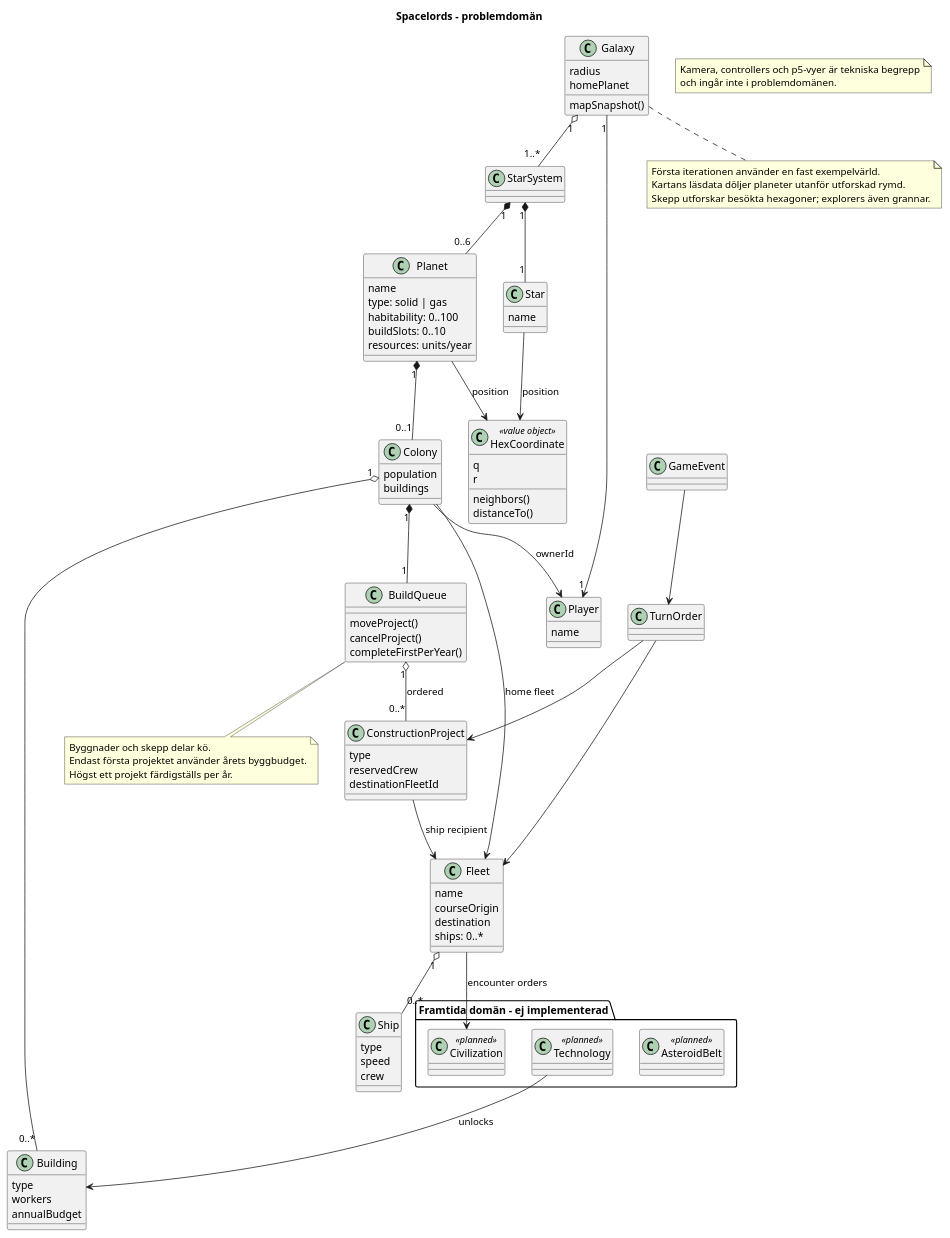
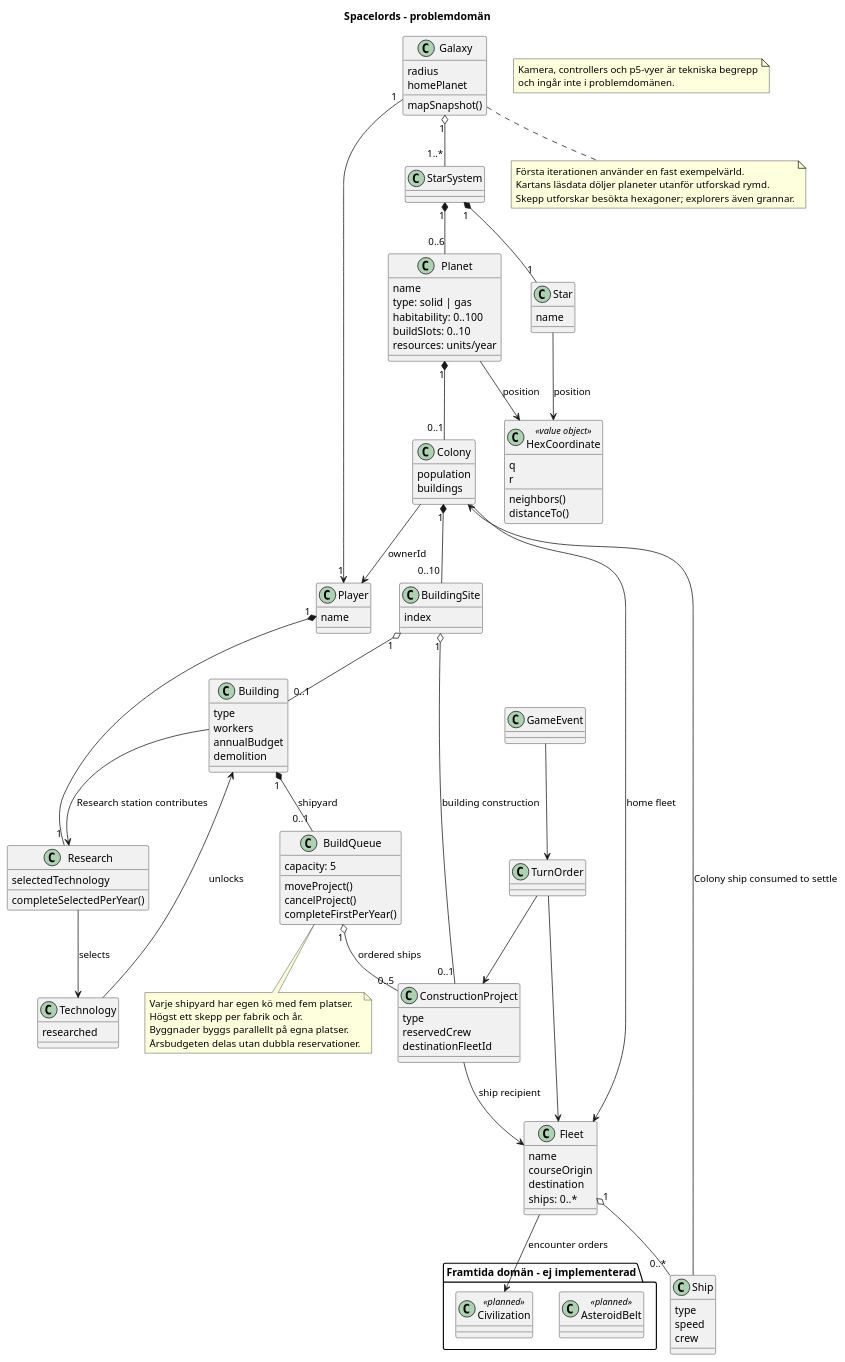
Before and after one commit to dntoll/spacelords: the diagram in docs/domain-model.puml, drawn with PlantUML. The commit also changed 20 other files, not shown here.

Commit message:
Add planetary building sites, factory queues, research and colonization

```diff
--- a/docs/domain-model.puml
+++ b/docs/domain-model.puml
@@ -1,102 +1,120 @@
 @startuml
 title Spacelords – problemdomän
 
 class Galaxy {
   radius
   homePlanet
   mapSnapshot()
 }
 class StarSystem
 class Star {
   name
 }
 class Planet {
   name
   type: solid | gas
   habitability: 0..100
   buildSlots: 0..10
   resources: units/year
 }
 class Colony {
   population
   buildings
 }
 class Building {
   type
   workers
   annualBudget
+  demolition
 }
 class ConstructionProject {
   type
   reservedCrew
   destinationFleetId
 }
+class BuildingSite {
+  index
+}
+class Technology {
+  researched
+}
+class Research {
+  selectedTechnology
+  completeSelectedPerYear()
+}
 class BuildQueue {
+  capacity: 5
   moveProject()
   cancelProject()
   completeFirstPerYear()
 }
 class Ship {
   type
   speed
   crew
 }
 class Fleet {
   name
   courseOrigin
   destination
   ships: 0..*
 }
 class TurnOrder
 class GameEvent
 class Player {
   name
 }
 class HexCoordinate <<value object>> {
   q
   r
   neighbors()
   distanceTo()
 }
 
 Galaxy "1" o-- "1..*" StarSystem
 Galaxy "1" --> "1" Player
 StarSystem "1" *-- "1" Star
 StarSystem "1" *-- "0..6" Planet
 Star --> HexCoordinate : position
 Planet --> HexCoordinate : position
 Planet "1" *-- "0..1" Colony
 Colony --> Player : ownerId
-Colony "1" o-- "0..*" Building
-Colony "1" *-- "1" BuildQueue
-BuildQueue "1" o-- "0..*" ConstructionProject : ordered
+Colony "1" *-- "0..10" BuildingSite
+BuildingSite "1" o-- "0..1" Building
+BuildingSite "1" o-- "0..1" ConstructionProject : building construction
+Building "1" *-- "0..1" BuildQueue : shipyard
+BuildQueue "1" o-- "0..5" ConstructionProject : ordered ships
+Player "1" *-- "1" Research
+Research --> Technology : selects
+Technology --> Building : unlocks
+Building --> Research : Research station contributes
 ConstructionProject --> Fleet : ship recipient
 Colony --> Fleet : home fleet
 Fleet "1" o-- "0..*" Ship
+Ship --> Colony : Colony ship consumed to settle
 TurnOrder --> ConstructionProject
 TurnOrder --> Fleet
 GameEvent --> TurnOrder
 
 note bottom of BuildQueue
-  Byggnader och skepp delar kö.
-  Endast första projektet använder årets byggbudget.
-  Högst ett projekt färdigställs per år.
+  Varje shipyard har egen kö med fem platser.
+  Högst ett skepp per fabrik och år.
+  Byggnader byggs parallellt på egna platser.
+  Årsbudgeten delas utan dubbla reservationer.
 end note
 
 note bottom of Galaxy
   Första iterationen använder en fast exempelvärld.
   Kartans läsdata döljer planeter utanför utforskad rymd.
   Skepp utforskar besökta hexagoner; explorers även grannar.
 end note
 
 package "Framtida domän – ej implementerad" {
   class AsteroidBelt <<planned>>
-  class Technology <<planned>>
   class Civilization <<planned>>
   Fleet --> Civilization : encounter orders
-  Technology --> Building : unlocks
 }
 
 note "Kamera, controllers och p5-vyer är tekniska begrepp\noch ingår inte i problemdomänen." as Scope
 
 @enduml
```
